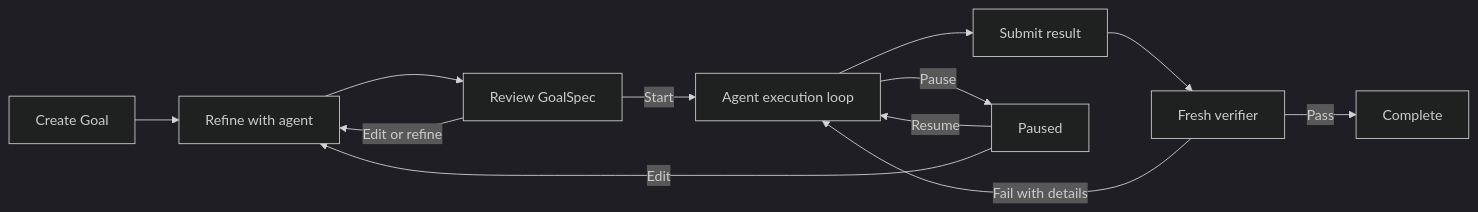
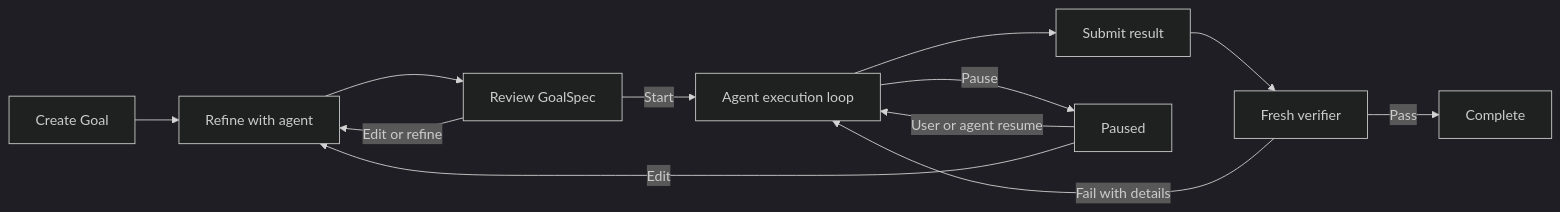
One commit to recynie/pi-goal changed the diagram in README.md. Above: the diagram before and after it, drawn with Mermaid (dark theme). The commit also changed other lines of this file and 9 other files, not shown here.

````diff
--- a/README.md
+++ b/README.md
@@ -22,14 +22,14 @@
 ```mermaid
 flowchart LR
     A[Create Goal] --> B[Refine with agent]
     B --> C[Review GoalSpec]
     C -->|Start| D[Agent execution loop]
     C -->|Edit or refine| B
     D --> E[Submit result]
     E --> F[Fresh verifier]
     F -->|Pass| G[Complete]
     F -->|Fail with details| D
     D -->|Pause| H[Paused]
-    H -->|Resume| D
+    H -->|User or agent resume| D
     H -->|Edit| B
 ```
````
